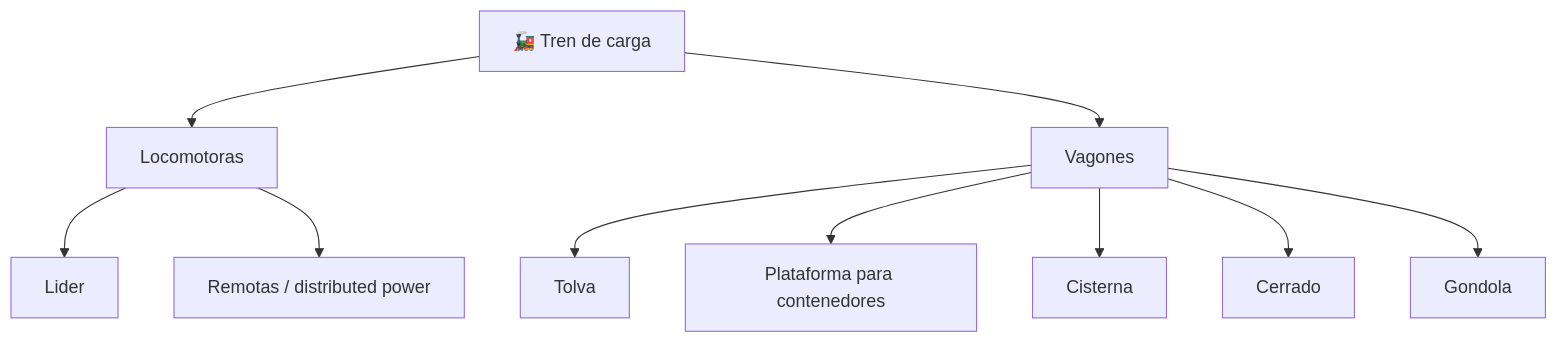
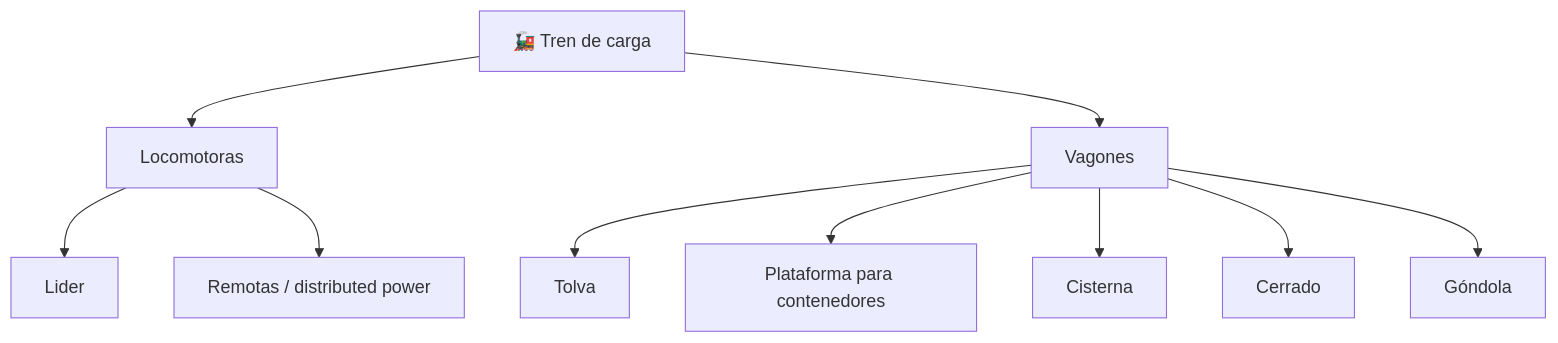
Before and after one commit to vladimiracunadev-create/machine-operator-program: the diagram in vehiculos/tren-carga/operacion/caracteristicas-tren-carga.md, drawn with Mermaid. The commit also changed other lines of this file and 442 other files, not shown here.

````diff
--- a/vehiculos/tren-carga/operacion/caracteristicas-tren-carga.md
+++ b/vehiculos/tren-carga/operacion/caracteristicas-tren-carga.md
@@ -34,12 +34,12 @@
 ```mermaid
 flowchart TD
     Tren[🚂 Tren de carga] --> Locomotoras[Locomotoras]
     Tren --> Vagones[Vagones]
     Locomotoras --> Lider[Lider]
     Locomotoras --> Remotas[Remotas / distributed power]
     Vagones --> Tolva[Tolva]
     Vagones --> Plataforma[Plataforma para contenedores]
     Vagones --> Cisterna[Cisterna]
     Vagones --> Cerrado[Cerrado]
-    Vagones --> Gondola[Gondola]
+    Vagones --> Gondola[Góndola]
 ```
````
